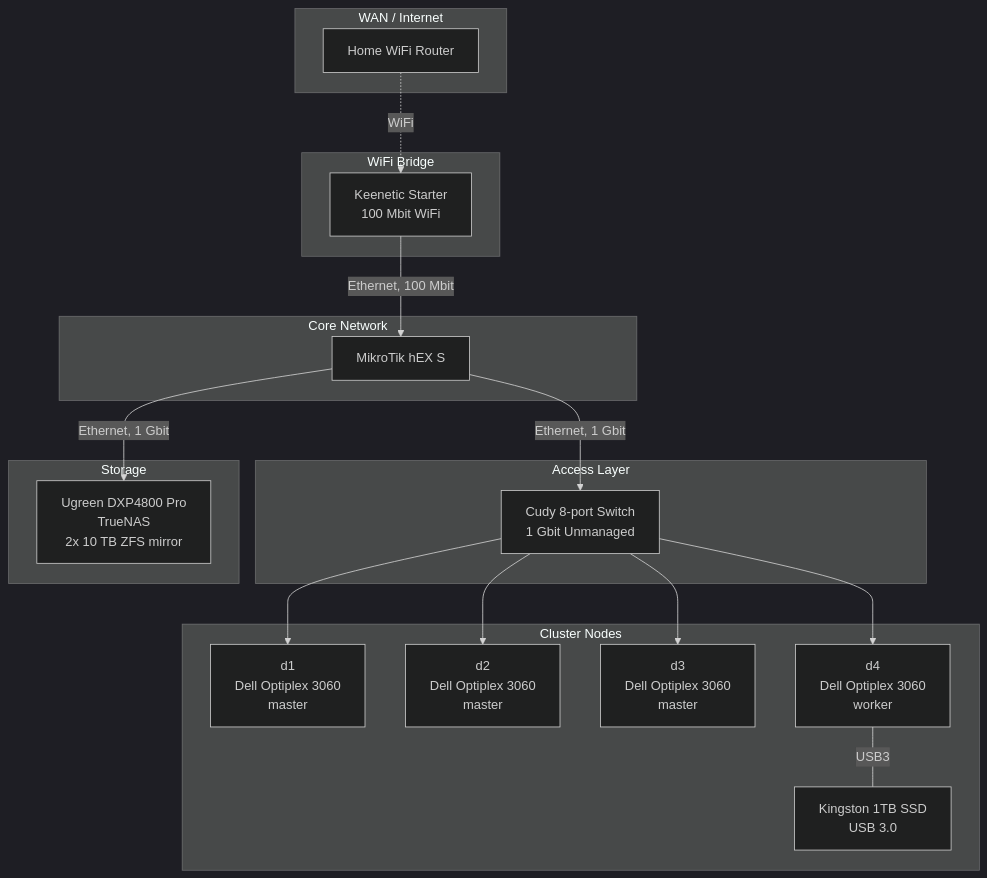
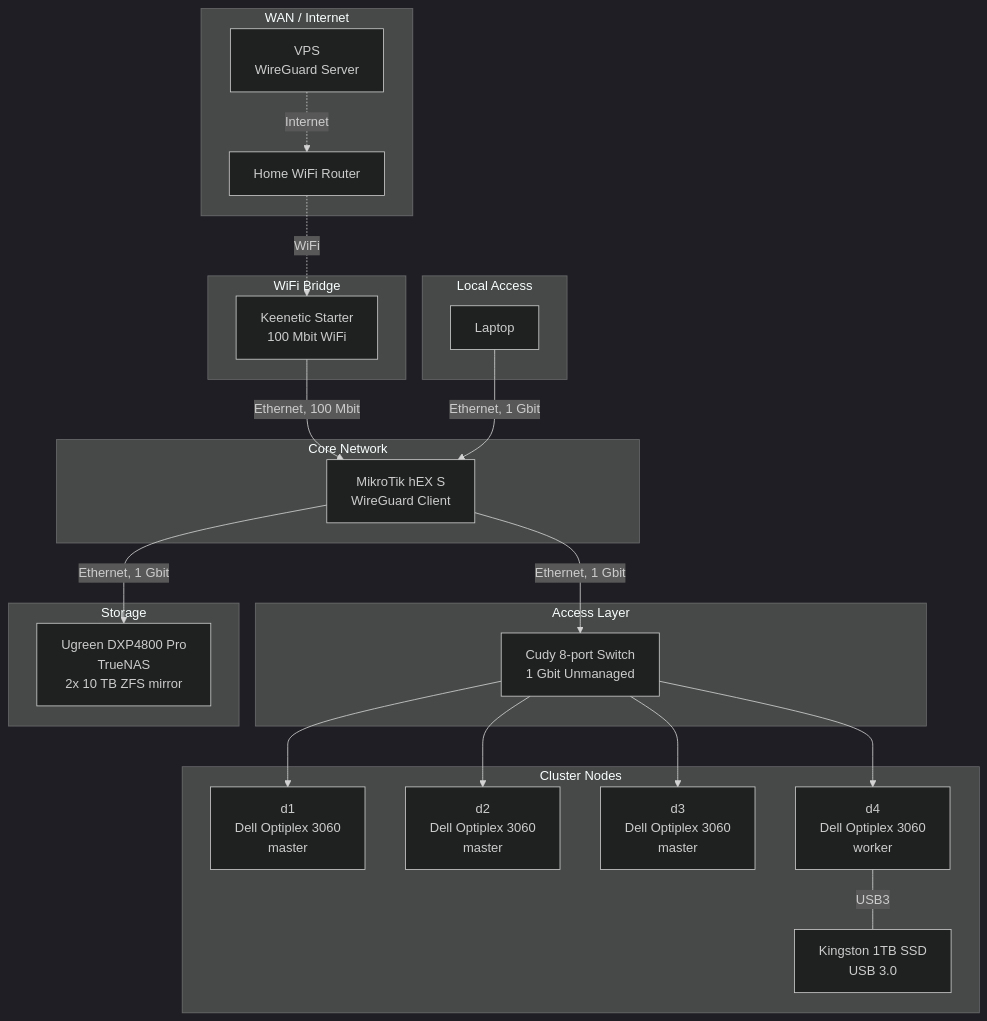
Before and after one commit to PearlFoe/homelab: the first of 2 diagrams in docs/en/v1/network.md, drawn with Mermaid (dark theme). The commit also changed other lines of this file and 5 other files, not shown here.

````diff
--- a/docs/en/v1/network.md
+++ b/docs/en/v1/network.md
@@ -5,35 +5,41 @@
 ```mermaid
 graph TD
     subgraph wan ["WAN / Internet"]
         HomeRouter["Home WiFi Router"]
+        VPS["VPS\nWireGuard Server"]
     end
     subgraph bridge ["WiFi Bridge"]
         Keenetic["Keenetic Starter\n100 Mbit WiFi"]
     end
+    subgraph localAccess ["Local Access"]
+        Laptop["Laptop"]
+    end
     subgraph core ["Core Network"]
-        MikroTik["MikroTik hEX S"]
+        MikroTik["MikroTik hEX S\nWireGuard Client"]
     end
     subgraph access ["Access Layer"]
         Switch["Cudy 8-port Switch\n1 Gbit Unmanaged"]
     end
     subgraph storage ["Storage"]
         NAS["Ugreen DXP4800 Pro\nTrueNAS\n2x 10 TB ZFS mirror"]
     end
     subgraph nodes ["Cluster Nodes"]
         D1["d1\nDell Optiplex 3060\nmaster"]
         D2["d2\nDell Optiplex 3060\nmaster"]
         D3["d3\nDell Optiplex 3060\nmaster"]
         D4["d4\nDell Optiplex 3060\nworker"]
         ExtSSD["Kingston 1TB SSD\nUSB 3.0"]
     end
 
+    VPS -.->|Internet| HomeRouter
     HomeRouter -.->|WiFi| Keenetic
     Keenetic -->|"Ethernet, 100 Mbit"| MikroTik
+    Laptop -->|"Ethernet, 1 Gbit"| MikroTik
     MikroTik -->|"Ethernet, 1 Gbit"| Switch
     MikroTik -->|"Ethernet, 1 Gbit"| NAS
     Switch --> D1
     Switch --> D2
     Switch --> D3
     Switch --> D4
     D4 ---|USB3| ExtSSD
 ```
````
